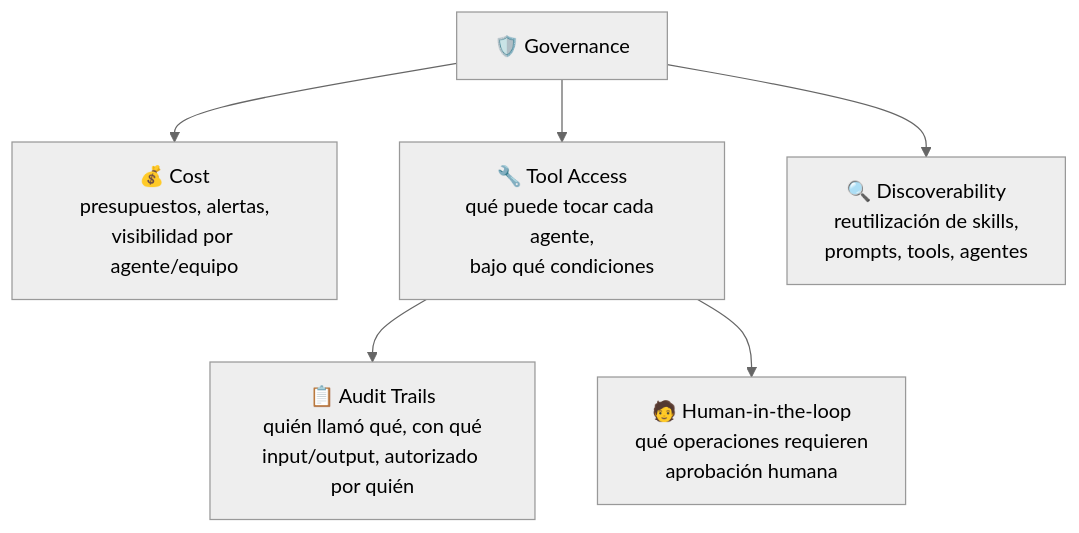
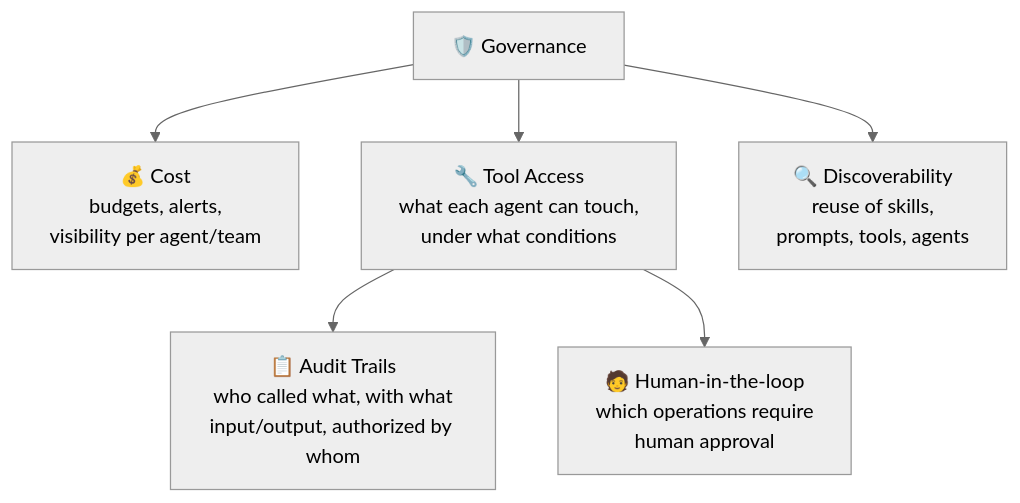
Before and after one commit to alejandrogolfe/agent-methodology: the diagram in docs/05-governance.md, drawn with Mermaid (neutral theme). The commit also changed other lines of this file and 8 other files, not shown here.

````diff
--- a/docs/05-governance.md
+++ b/docs/05-governance.md
@@ -11,8 +11,8 @@
 ```mermaid
 flowchart TD
-    G["🛡️ Governance"] --> C["💰 Cost<br/>presupuestos, alertas,<br/>visibilidad por agente/equipo"]
-    G --> T["🔧 Tool Access<br/>qué puede tocar cada agente,<br/>bajo qué condiciones"]
-    T --> AU["📋 Audit Trails<br/>quién llamó qué, con qué<br/>input/output, autorizado por quién"]
-    T --> H["🧑 Human-in-the-loop<br/>qué operaciones requieren<br/>aprobación humana"]
-    G --> D["🔍 Discoverability<br/>reutilización de skills,<br/>prompts, tools, agentes"]
+    G["🛡️ Governance"] --> C["💰 Cost<br/>budgets, alerts,<br/>visibility per agent/team"]
+    G --> T["🔧 Tool Access<br/>what each agent can touch,<br/>under what conditions"]
+    T --> AU["📋 Audit Trails<br/>who called what, with what<br/>input/output, authorized by whom"]
+    T --> H["🧑 Human-in-the-loop<br/>which operations require<br/>human approval"]
+    G --> D["🔍 Discoverability<br/>reuse of skills,<br/>prompts, tools, agents"]
 ```
````
